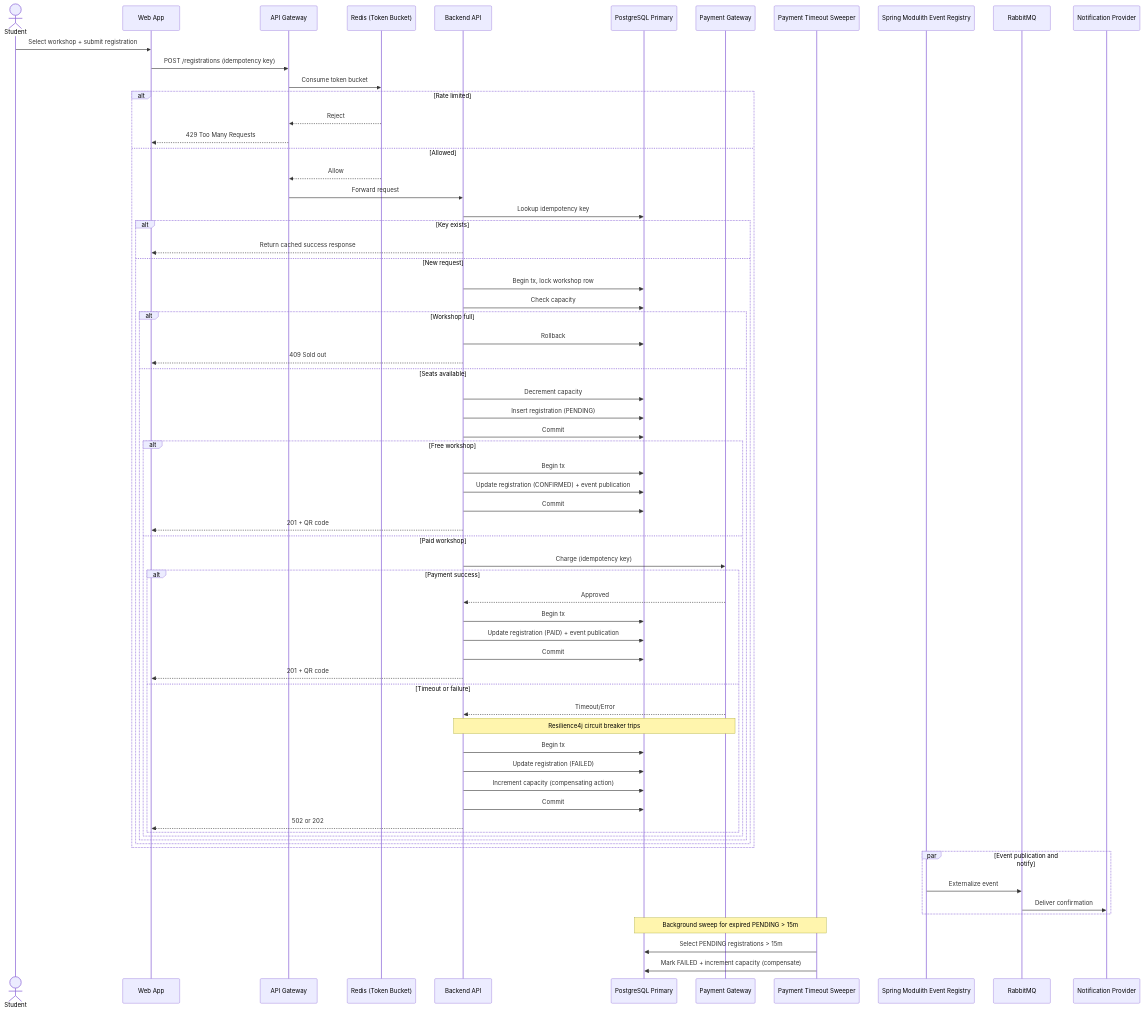
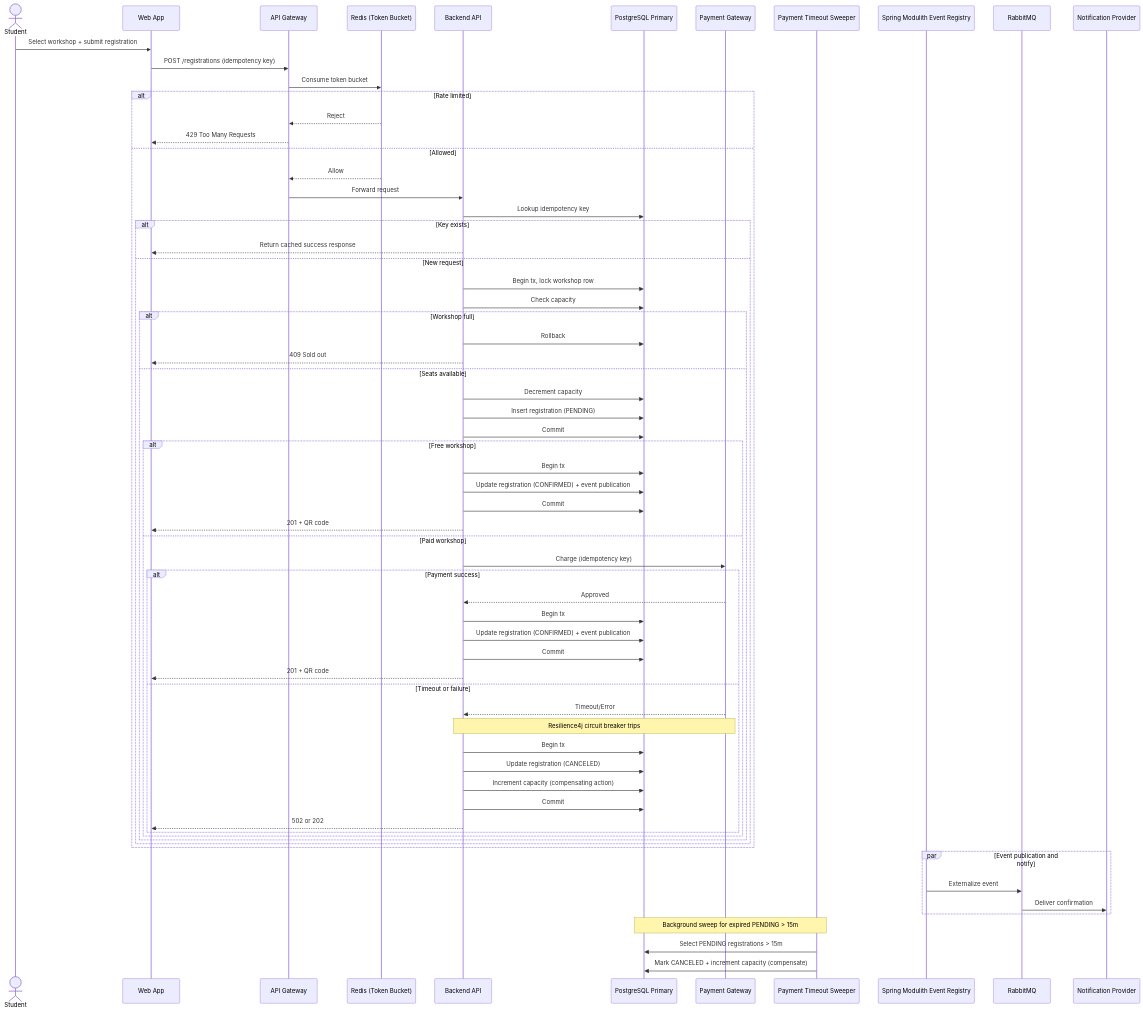
Before and after one commit to phatnguyen975/unihub-workshop: the first of 15 diagrams in blueprint/design.md, drawn with Mermaid. The commit also changed other lines of this file and 6 other files, not shown here.

Commit message:
docs: update specs and database schema for workshops

````diff
--- a/blueprint/design.md
+++ b/blueprint/design.md
@@ -107,72 +107,72 @@
 ```mermaid
 sequenceDiagram
   actor Student
   participant Web as Web App
   participant GW as API Gateway
   participant Redis as Redis (Token Bucket)
   participant API as Backend API
   participant DB as PostgreSQL Primary
   participant Pay as Payment Gateway
   participant Sweeper as Payment Timeout Sweeper
   participant Registry as Spring Modulith Event Registry
   participant Broker as RabbitMQ
   participant Notify as Notification Provider
 
   Student->>Web: Select workshop + submit registration
   Web->>GW: POST /registrations (idempotency key)
   GW->>Redis: Consume token bucket
   alt Rate limited
     Redis-->>GW: Reject
     GW-->>Web: 429 Too Many Requests
   else Allowed
     Redis-->>GW: Allow
     GW->>API: Forward request
     API->>DB: Lookup idempotency key
     alt Key exists
       API-->>Web: Return cached success response
     else New request
       API->>DB: Begin tx, lock workshop row
       API->>DB: Check capacity
       alt Workshop full
         API->>DB: Rollback
         API-->>Web: 409 Sold out
       else Seats available
         API->>DB: Decrement capacity
         API->>DB: Insert registration (PENDING)
         API->>DB: Commit
         alt Free workshop
           API->>DB: Begin tx
           API->>DB: Update registration (CONFIRMED) + event publication
           API->>DB: Commit
           API-->>Web: 201 + QR code
         else Paid workshop
           API->>Pay: Charge (idempotency key)
           alt Payment success
             Pay-->>API: Approved
             API->>DB: Begin tx
-            API->>DB: Update registration (PAID) + event publication
+            API->>DB: Update registration (CONFIRMED) + event publication
             API->>DB: Commit
             API-->>Web: 201 + QR code
           else Timeout or failure
             Pay-->>API: Timeout/Error
             Note over API,Pay: Resilience4j circuit breaker trips
             API->>DB: Begin tx
-            API->>DB: Update registration (FAILED)
+            API->>DB: Update registration (CANCELED)
             API->>DB: Increment capacity (compensating action)
             API->>DB: Commit
             API-->>Web: 502 or 202
           end
         end
       end
     end
   end
 
   par Event publication and notify
     Registry->>Broker: Externalize event
     Broker->>Notify: Deliver confirmation
   end
 
   Note over Sweeper,DB: Background sweep for expired PENDING > 15m
   Sweeper->>DB: Select PENDING registrations > 15m
-  Sweeper->>DB: Mark FAILED + increment capacity (compensate)
+  Sweeper->>DB: Mark CANCELED + increment capacity (compensate)
 ```
````
